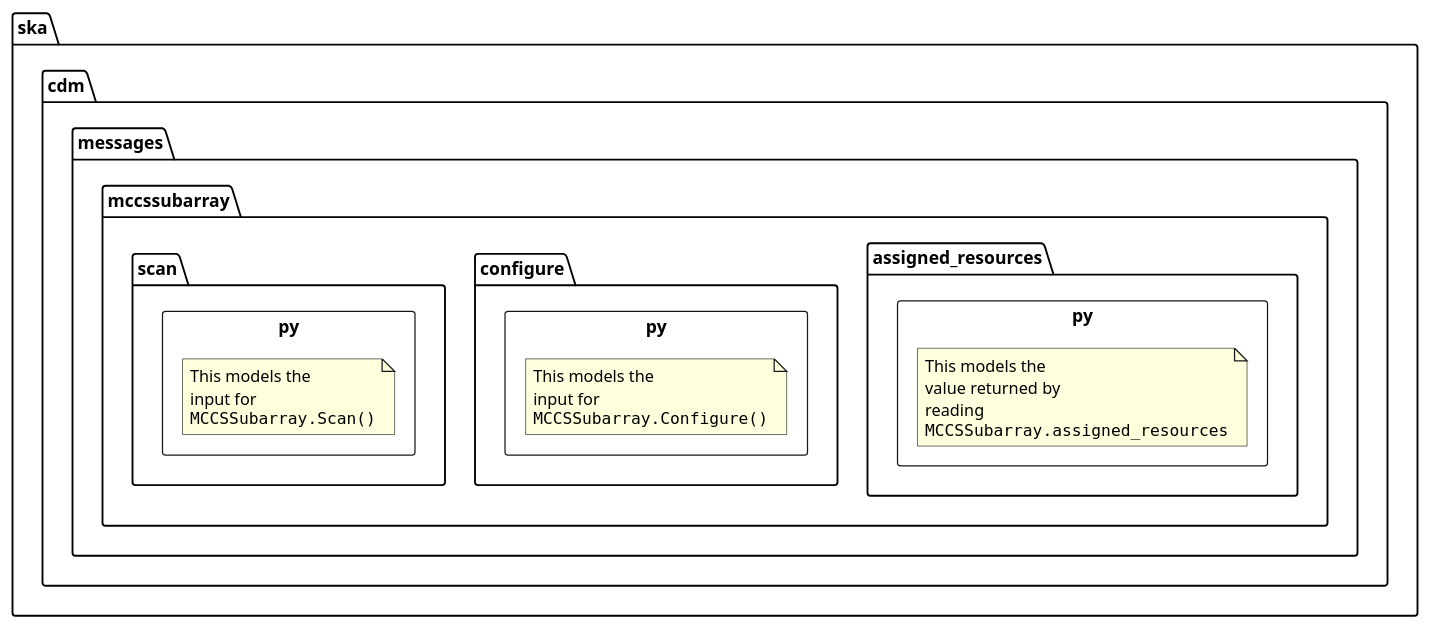
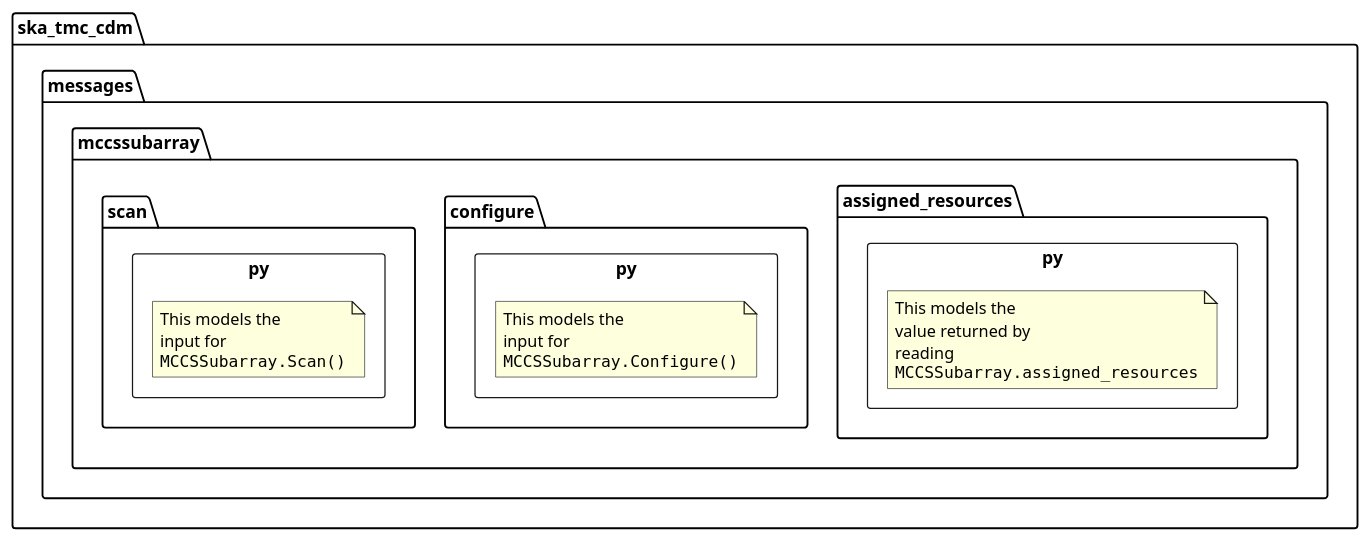
The diagram in docs/src/developer/mccssubarray/mccssubarray.puml (ska-telescope/cdm-shared-library), drawn with PlantUML before and after one commit. The commit also changed 231 other files, not shown here.

Commit message:
AT2-8865: Rename ska.cdm module to ska_tmc_cdm

```diff
--- a/docs/src/developer/mccssubarray/mccssubarray.puml
+++ b/docs/src/developer/mccssubarray/mccssubarray.puml
@@ -1,31 +1,31 @@
 @startuml
 hide empty members
 
-package ska.cdm.messages.mccssubarray {
+package ska_tmc_cdm.messages.mccssubarray {
 	package assigned_resources.py <<Rectangle>> {
 		note as N3
 			This models the
 			value returned by
 			reading
 			""MCCSSubarray.assigned_resources""
 		end note
 	}
 
 	package configure.py <<Rectangle>> {
 		note as N2
 			This models the
 			input for
 			""MCCSSubarray.Configure()""
 		end note
 	}
 
 	package scan.py <<Rectangle>> {
 		note as N1
 			This models the
 			input for
 			""MCCSSubarray.Scan()""
 		end note
 	}
 }
 
 @enduml
```
